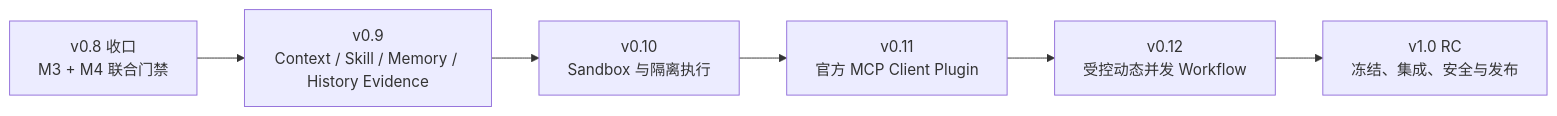
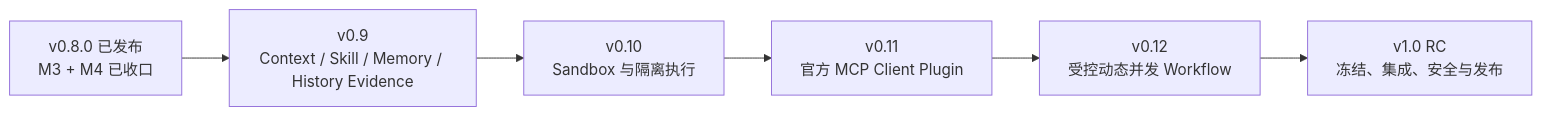
One commit to uboyme/traceHarness changed the diagram in docs/plan/TRACEHARNESS_V1.0_MASTER_PLAN.md. Above: the diagram before and after it, drawn with Mermaid. The commit also changed other lines of this file and 48 other files, not shown here.

Commit message:
feat(context): complete v0.9 F0 contracts and history disclosure

````diff
--- a/docs/plan/TRACEHARNESS_V1.0_MASTER_PLAN.md
+++ b/docs/plan/TRACEHARNESS_V1.0_MASTER_PLAN.md
@@ -134,8 +144,8 @@
 ```mermaid
 flowchart LR
-    V08[v0.8 收口<br/>M3 + M4 联合门禁] --> V09[v0.9<br/>Context / Skill / Memory / History Evidence]
+    V08[v0.8.0 已发布<br/>M3 + M4 已收口] --> V09[v0.9<br/>Context / Skill / Memory / History Evidence]
     V09 --> V10[v0.10<br/>Sandbox 与隔离执行]
     V10 --> V11[v0.11<br/>官方 MCP Client Plugin]
     V11 --> V12[v0.12<br/>受控动态并发 Workflow]
     V12 --> RC[v1.0 RC<br/>冻结、集成、安全与发布]
 ```
````
